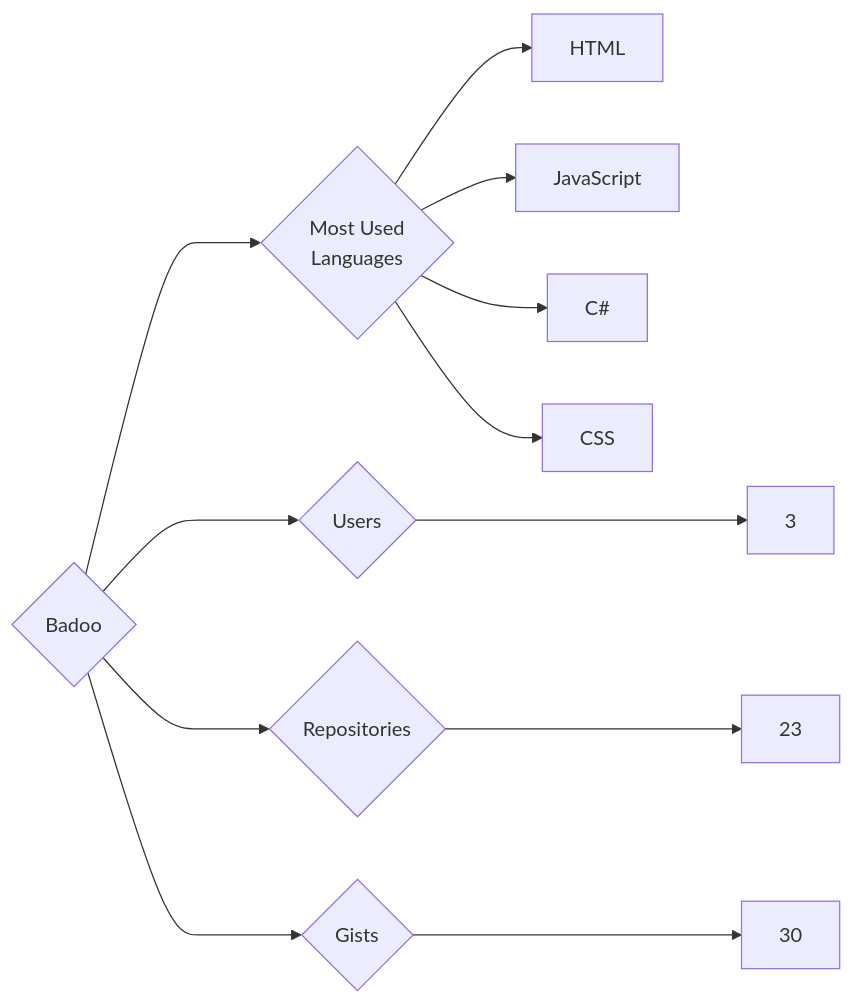
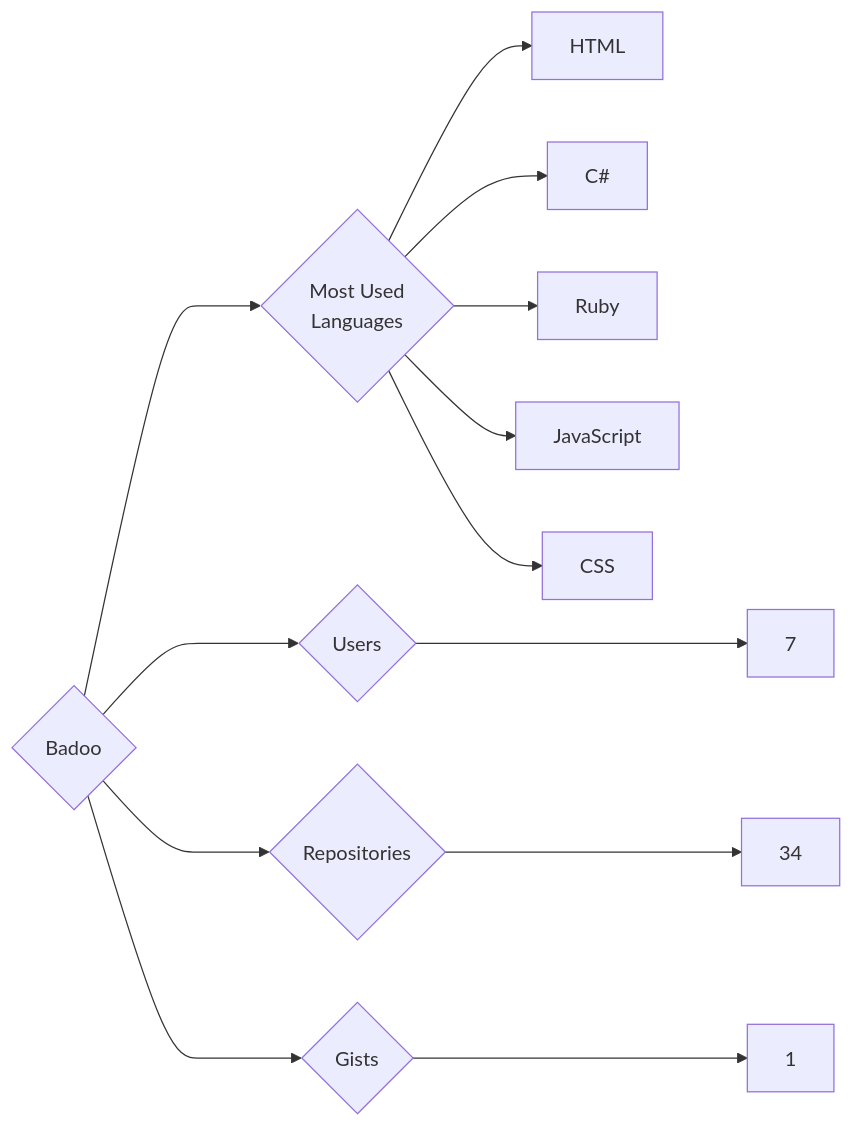
One commit to trickest/insiders changed the diagram in targets/Badoo/README.md. Above: the diagram before and after it, drawn with Mermaid. The commit also changed 1149 other files, not shown here.

````diff
--- a/targets/Badoo/README.md
+++ b/targets/Badoo/README.md
@@ -3,12 +3,13 @@
 ```mermaid
 graph LR
 COMPANY_NAME{Badoo}
-COMPANY_NAME ---> U{Users} ---> UN[3]
-COMPANY_NAME ---> R{Repositories} ---> RN[23]
-COMPANY_NAME ---> G{Gists} ---> GN[30]
+COMPANY_NAME ---> U{Users} ---> UN[7]
+COMPANY_NAME ---> R{Repositories} ---> RN[34]
+COMPANY_NAME ---> G{Gists} ---> GN[1]
 COMPANY_NAME ---> ML{Most Used<br>Languages}
 ML --> HTML[HTML]
+ML --> C#[C#]
+ML --> Ruby[Ruby]
 ML --> JavaScript[JavaScript]
-ML --> C#[C#]
 ML --> CSS[CSS]
 ```
````
